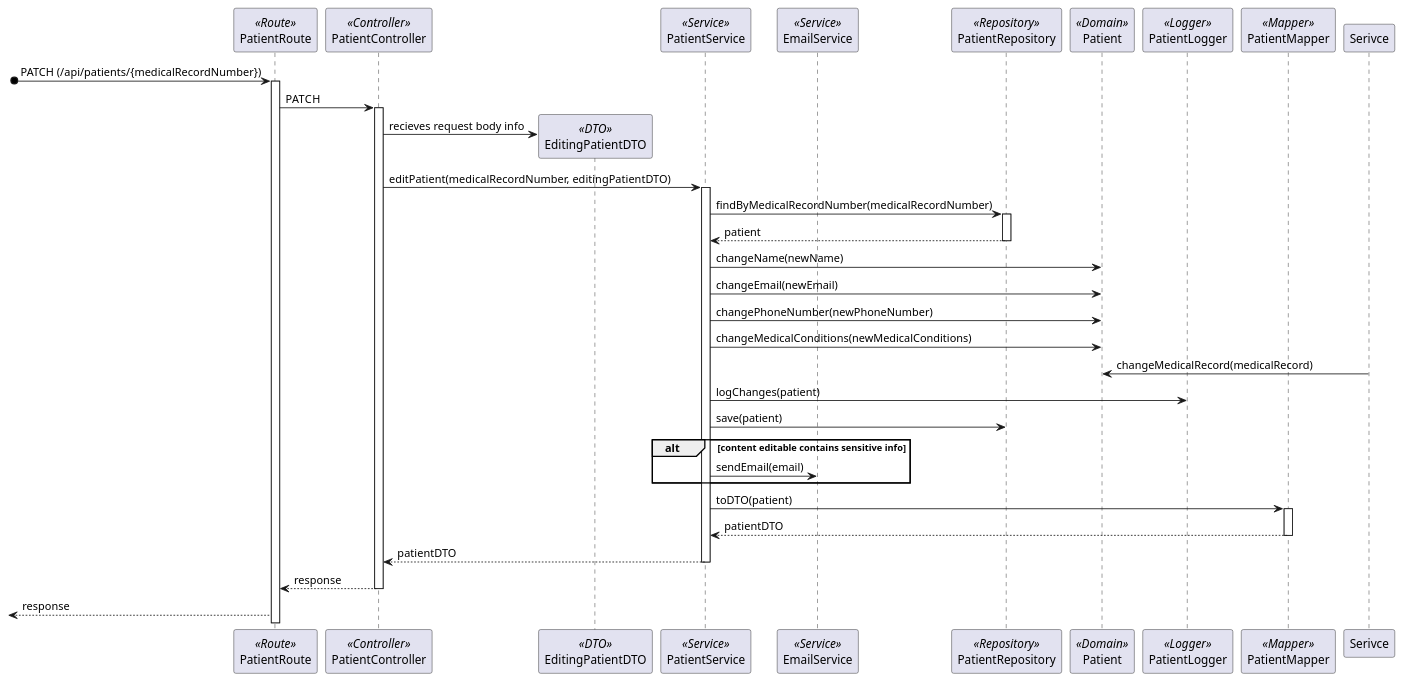
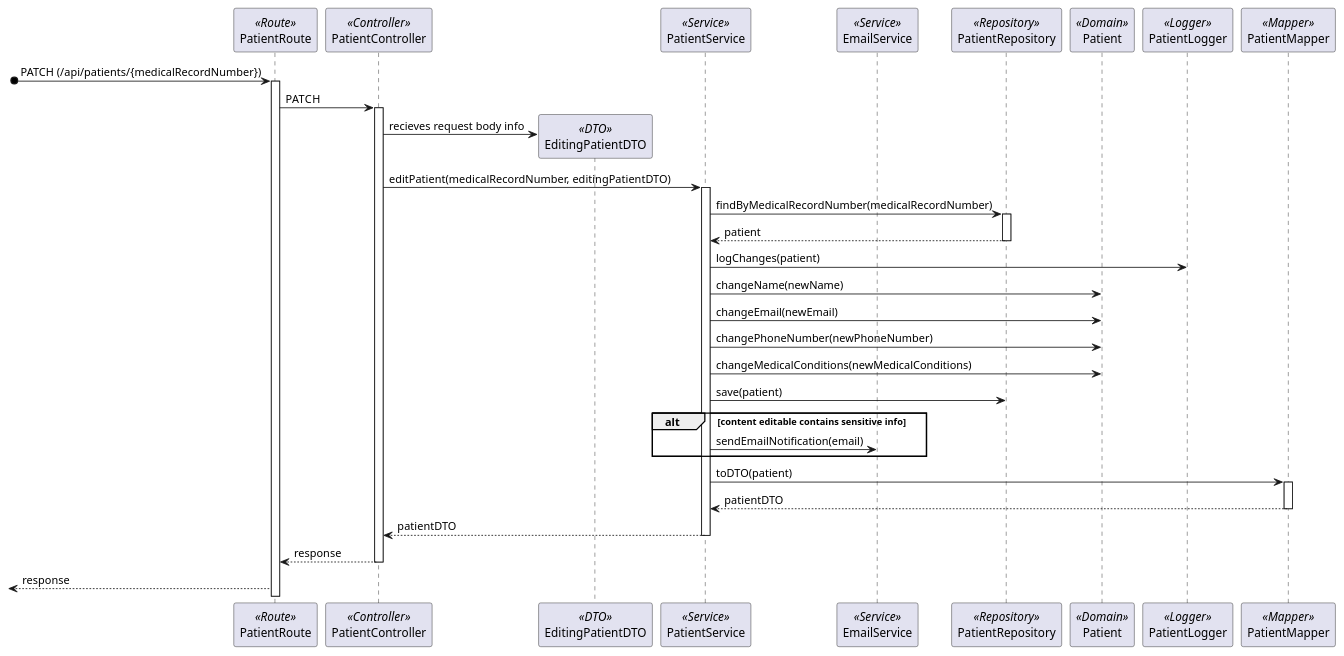
One commit to Rodrick0209/ISEP-SEM5PI-24-25 changed the diagram in docs/Sprint_1/US_5.1.9/L3/Process_View.puml. Above: the diagram before and after it, drawn with PlantUML. The commit also changed 1 other file, not shown here.

Commit message:
US 5.1.9 Design (redirectioned the Log Changes in Level 3 Process View) #10

```diff
--- a/docs/Sprint_1/US_5.1.9/L3/Process_View.puml
+++ b/docs/Sprint_1/US_5.1.9/L3/Process_View.puml
@@ -2,40 +2,39 @@
 @startuml Process_View
 participant PatientRoute as Route <<Route>>
 participant PatientController as Controller <<Controller>>
 participant EditingPatientDTO as DTO <<DTO>>
 participant PatientService as Service <<Service>>
 participant EmailService as EmailService <<Service>>
 participant PatientRepository as Repository <<Repository>>
 participant Patient as Domain <<Domain>>
 participant PatientLogger as Logger <<Logger>>
 participant PatientMapper as Mapper <<Mapper>>
 [o-> Route: PATCH (/api/patients/{medicalRecordNumber})
 activate Route
 Route -> Controller : PATCH
 activate Controller
 Controller -> DTO** : recieves request body info
 Controller -> Service : editPatient(medicalRecordNumber, editingPatientDTO)
 activate Service
 Service -> Repository : findByMedicalRecordNumber(medicalRecordNumber)
 activate Repository
 return patient
+Service -> Logger : logChanges(patient)
 Service -> Domain : changeName(newName)
 Service -> Domain : changeEmail(newEmail)
 Service -> Domain : changePhoneNumber(newPhoneNumber)
 Service -> Domain : changeMedicalConditions(newMedicalConditions)
-Serivce -> Domain : changeMedicalRecord(medicalRecord)
-Service -> Logger : logChanges(patient)
 Service -> Repository : save(patient)
 alt content editable contains sensitive info
-    Service -> EmailService : sendEmail(email)
+    Service -> EmailService : sendEmailNotification(email)
 end
 Service -> Mapper : toDTO(patient)
 activate Mapper
 return patientDTO
 Service --> Controller : patientDTO
 deactivate Service
 Controller --> Route : response
 deactivate Controller
 <-- Route : response
 
 @enduml
```
